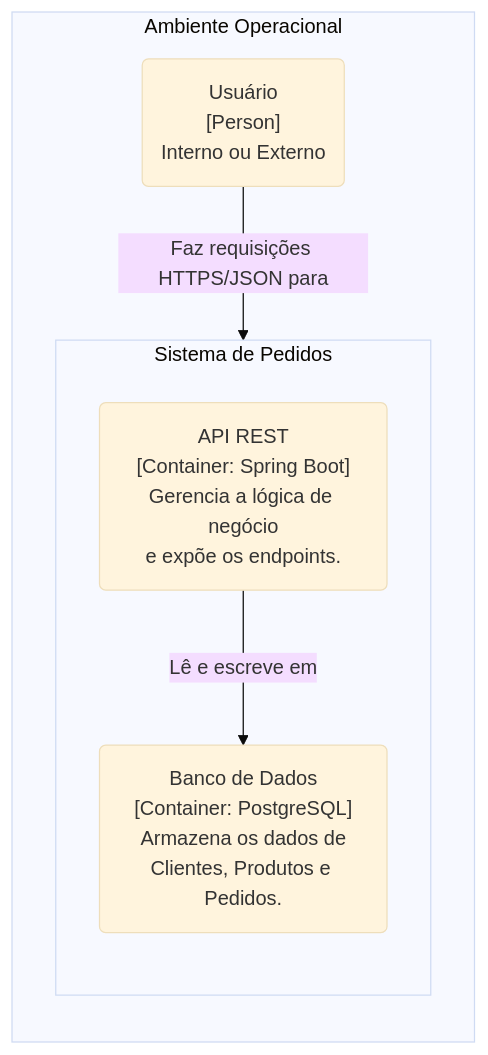
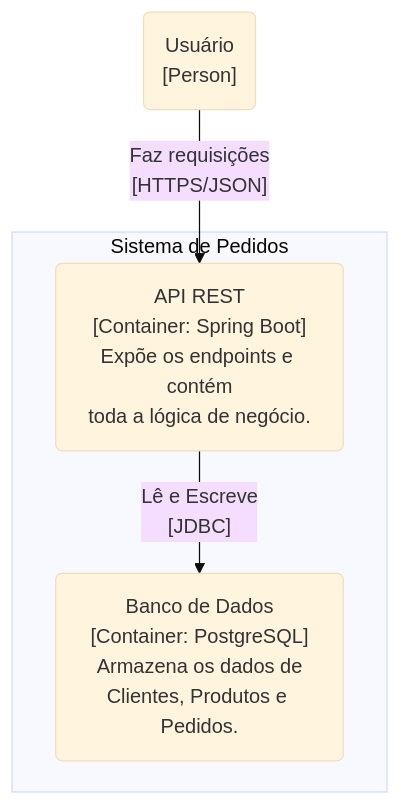
Before and after one commit to iagobrdev/orders-bootcamp: the second of 5 diagrams in DESENHO_ARQUITETURAL.md, drawn with Mermaid (base theme). The commit also changed other lines of this file, not shown here.

````diff
--- a/DESENHO_ARQUITETURAL.md
+++ b/DESENHO_ARQUITETURAL.md
@@ -181,19 +174,13 @@
 ```mermaid
 graph TD
-    subgraph "Ambiente Operacional"
-        direction TB
+    person_user("Usuário<br/>[Person]")
+    
+    subgraph "Sistema de Pedidos"
+        container_api("API REST<br/>[Container: Spring Boot]<br/>Expõe os endpoints e contém<br/>toda a lógica de negócio.")
+        container_db("Banco de Dados<br/>[Container: PostgreSQL]<br/>Armazena os dados de<br/>Clientes, Produtos e Pedidos.")
+        
+        container_api -- "Lê e Escreve<br/>[JDBC]" --> container_db
+    end
 
-        person_user("Usuário<br/>[Person]<br/>Interno ou Externo")
-
-        subgraph "Sistema de Pedidos"
-            direction TB
-            
-            container_api("API REST<br/>[Container: Spring Boot]<br/>Gerencia a lógica de negócio<br/>e expõe os endpoints.")
-            container_db("Banco de Dados<br/>[Container: PostgreSQL]<br/>Armazena os dados de<br/>Clientes, Produtos e Pedidos.")
-            
-            container_api -- "Lê e escreve em" --> container_db
-        end
-
-        person_user -- "Faz requisições HTTPS/JSON para" --> container_api
-    end
+    person_user -- "Faz requisições<br/>[HTTPS/JSON]" --> container_api
 ```
````
